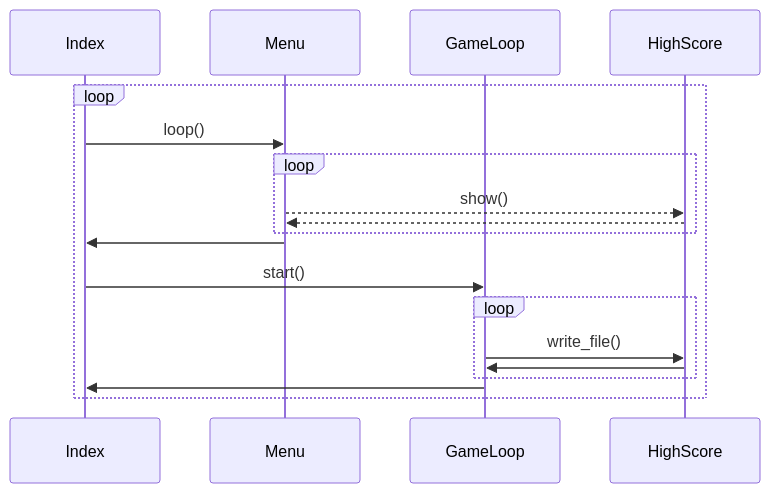
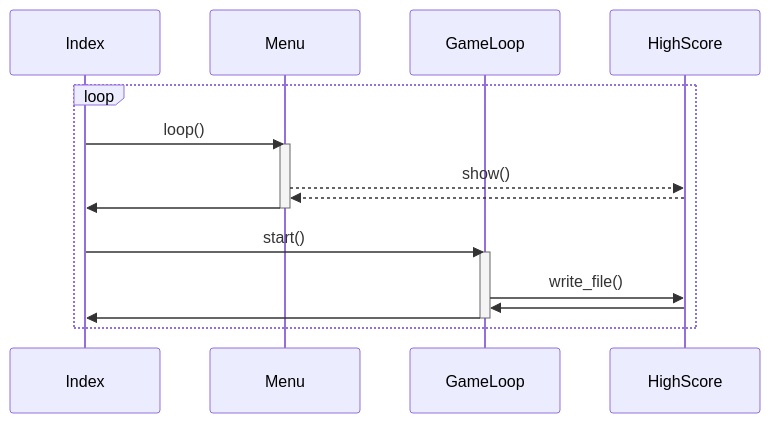
One commit to VilleJuhan1/ot-harjoitustyo changed the second of 2 diagrams in dokumentaatio/arkkitehtuuri.md. Above: the diagram before and after it, drawn with Mermaid.

````diff
--- a/dokumentaatio/arkkitehtuuri.md
+++ b/dokumentaatio/arkkitehtuuri.md
@@ -40,21 +40,21 @@
 ```mermaid
 sequenceDiagram
     participant Index
     participant Menu
     participant GameLoop
     participant HighScore
     loop
     Index->>Menu: loop()
-    loop
+    activate Menu
     Menu-->>HighScore: show()
     HighScore-->>Menu: 
-    end
     Menu->>Index: 
+    deactivate Menu
     Index->>GameLoop: start()
-    loop
+    activate GameLoop
     GameLoop->>HighScore: write_file()
     HighScore->>GameLoop:
-    end 
-    GameLoop->>Index:  
+    GameLoop->>Index: 
+    deactivate GameLoop
     end
 ```
````
